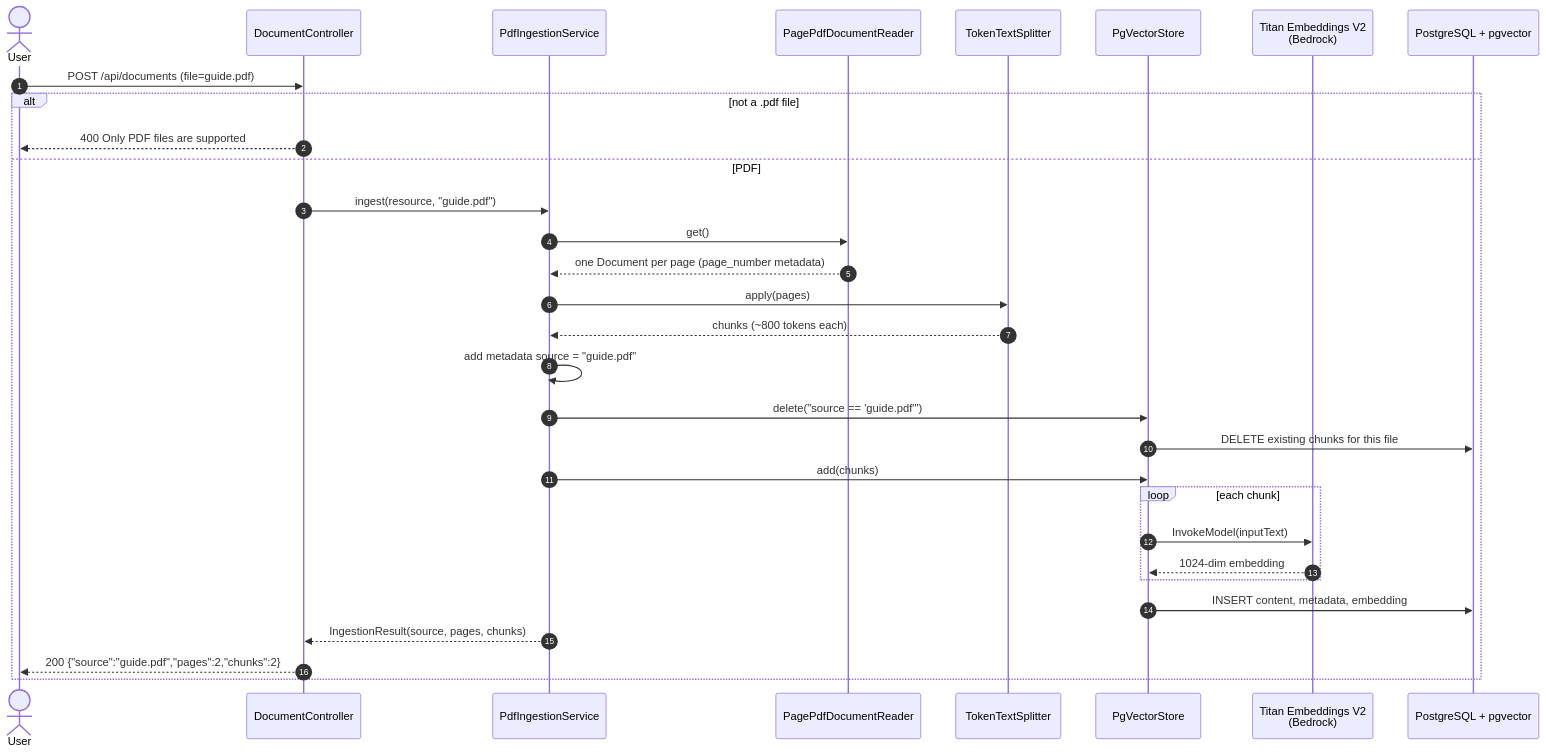
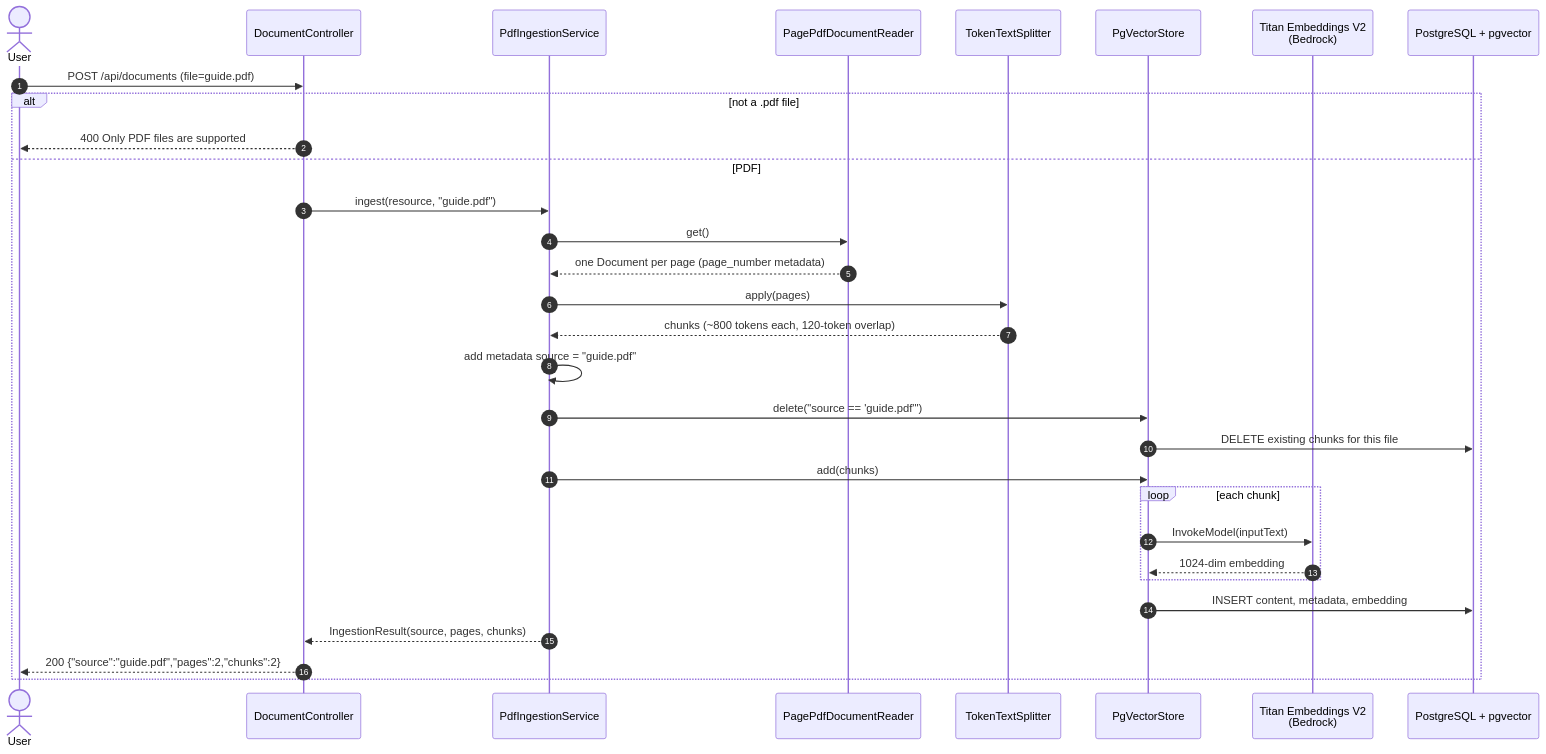
One commit to divakarmudunuri/Claude-Agent-Demo changed the first of 4 diagrams in docs/sequence-diagrams.md. Above: the diagram before and after it, drawn with Mermaid. The commit also changed other lines of this file and 8 other files, not shown here.

````diff
--- a/docs/sequence-diagrams.md
+++ b/docs/sequence-diagrams.md
@@ -10,34 +10,34 @@
 ```mermaid
 sequenceDiagram
     autonumber
     actor User
     participant DC as DocumentController
     participant IS as PdfIngestionService
     participant R as PagePdfDocumentReader
     participant S as TokenTextSplitter
     participant VS as PgVectorStore
     participant T as Titan Embeddings V2<br/>(Bedrock)
     participant DB as PostgreSQL + pgvector
 
     User->>DC: POST /api/documents (file=guide.pdf)
     alt not a .pdf file
         DC-->>User: 400 Only PDF files are supported
     else PDF
         DC->>IS: ingest(resource, "guide.pdf")
         IS->>R: get()
         R-->>IS: one Document per page (page_number metadata)
         IS->>S: apply(pages)
-        S-->>IS: chunks (~800 tokens each)
+        S-->>IS: chunks (~800 tokens each, 120-token overlap)
         IS->>IS: add metadata source = "guide.pdf"
         IS->>VS: delete("source == 'guide.pdf'")
         VS->>DB: DELETE existing chunks for this file
         IS->>VS: add(chunks)
         loop each chunk
             VS->>T: InvokeModel(inputText)
             T-->>VS: 1024-dim embedding
         end
         VS->>DB: INSERT content, metadata, embedding
         IS-->>DC: IngestionResult(source, pages, chunks)
         DC-->>User: 200 {"source":"guide.pdf","pages":2,"chunks":2}
     end
 ```
````
